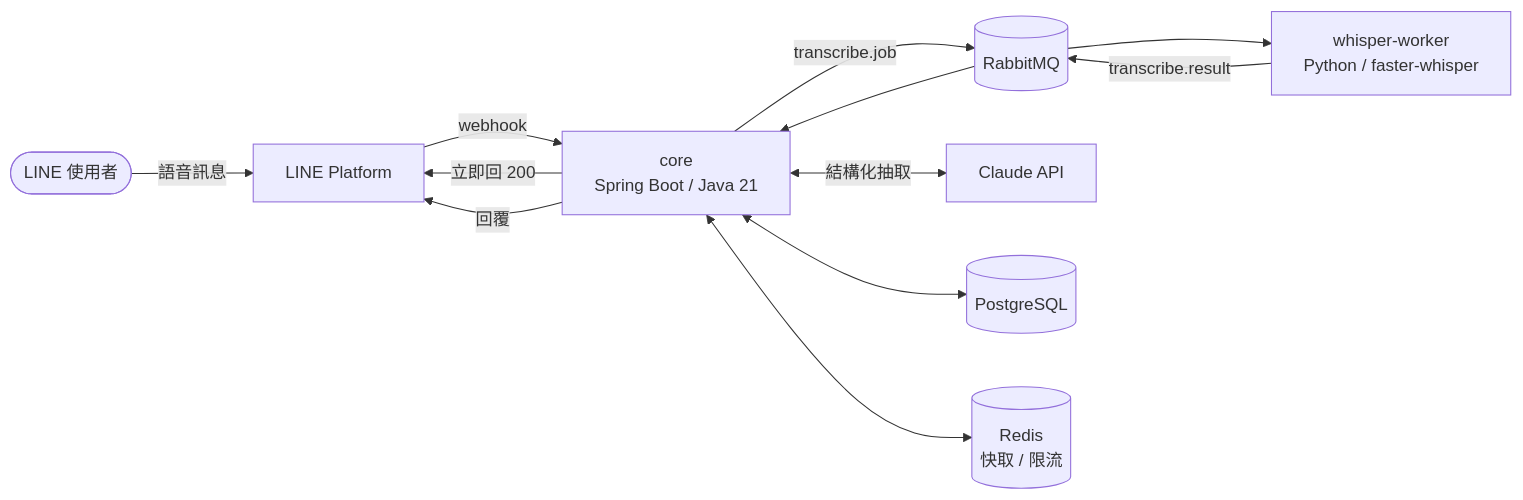
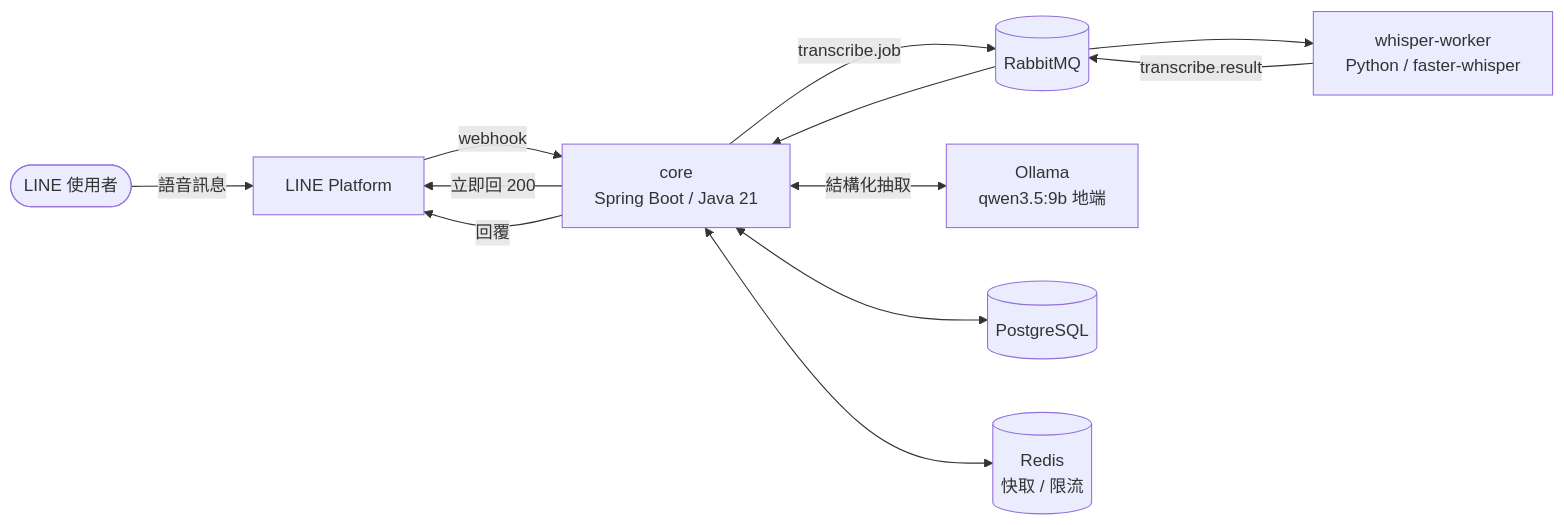
Before and after one commit to chil2020/svra: the diagram in README.md, drawn with Mermaid. The commit also changed other lines of this file, not shown here.

First line of the commit message:
更新 README：反映 outbox、地端 LLM、Boot 4

````diff
--- a/README.md
+++ b/README.md
@@ -41,14 +46,14 @@
 ```mermaid
 flowchart LR
     U([LINE 使用者]) -->|語音訊息| LINE[LINE Platform]
     LINE -->|webhook| CORE[core<br/>Spring Boot / Java 21]
     CORE -->|立即回 200| LINE
     CORE -->|transcribe.job| MQ[(RabbitMQ)]
     MQ --> W[whisper-worker<br/>Python / faster-whisper]
     W -->|transcribe.result| MQ
     MQ --> CORE
-    CORE <-->|結構化抽取| LLM[Claude API]
+    CORE <-->|結構化抽取| LLM[Ollama<br/>qwen3.5:9b 地端]
     CORE <--> PG[(PostgreSQL)]
     CORE <--> RD[(Redis<br/>快取 / 限流)]
     CORE -->|回覆| LINE
 ```
````
